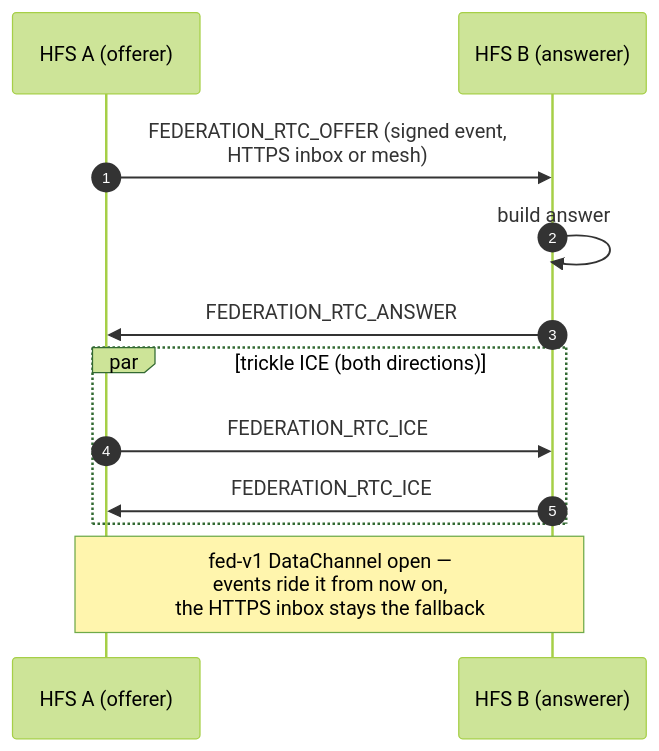
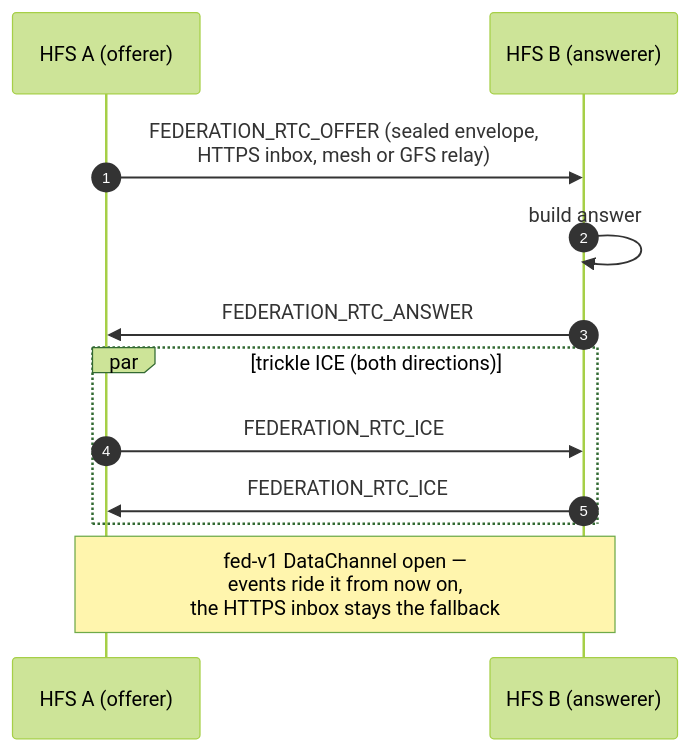
One commit to social-home-io/socialhome changed the second of 2 diagrams in docs/protocol/push-relay.md. Above: the diagram before and after it, drawn with Mermaid (forest theme). The commit also changed other lines of this file and 4 other files, not shown here.

First line of the commit message:
Docs: a household's own WebRTC signalling may ride the GFS relay, sealed

````diff
--- a/docs/protocol/push-relay.md
+++ b/docs/protocol/push-relay.md
@@ -60,14 +66,14 @@
 ```mermaid
 sequenceDiagram
     autonumber
     participant A as HFS A (offerer)
     participant B as HFS B (answerer)
-    A->>B: FEDERATION_RTC_OFFER (signed event,<br/>HTTPS inbox or mesh)
+    A->>B: FEDERATION_RTC_OFFER (sealed envelope,<br/>HTTPS inbox, mesh or GFS relay)
     B->>B: build answer
     B->>A: FEDERATION_RTC_ANSWER
     par trickle ICE (both directions)
         A->>B: FEDERATION_RTC_ICE
         B->>A: FEDERATION_RTC_ICE
     end
     Note over A,B: fed-v1 DataChannel open —<br/>events ride it from now on,<br/>the HTTPS inbox stays the fallback
 ```
````
